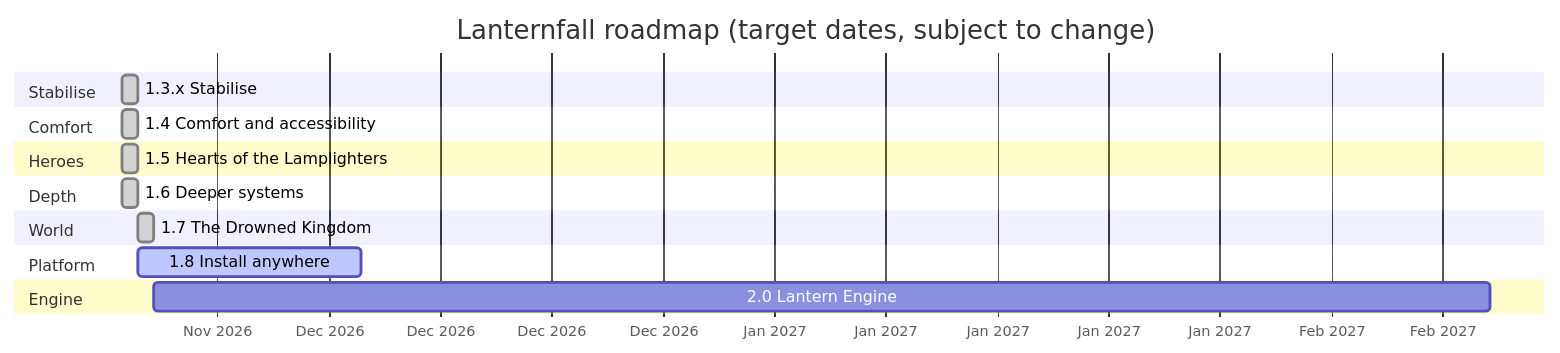
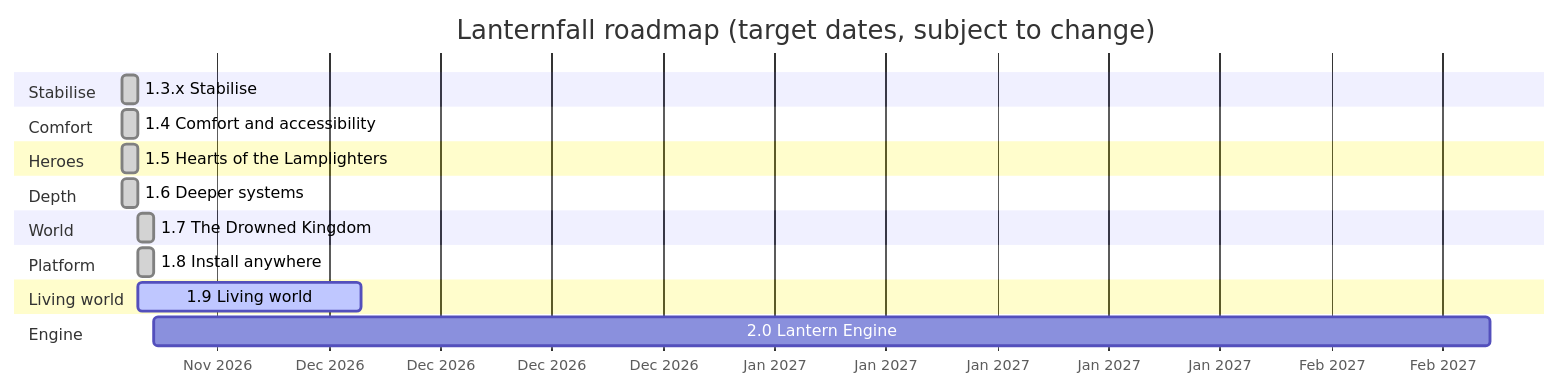
One commit to CptNope/Laternfall changed the third of 11 diagrams in ROADMAP.md. Above: the diagram before and after it, drawn with Mermaid. The commit also changed other lines of this file and 26 other files, not shown here.

First line of the commit message:
1.9.0 Living world: day and night, weather, Berserk/Stop, Lanterns & Lies, the Sunset Opal heist

````diff
--- a/ROADMAP.md
+++ b/ROADMAP.md
@@ -99,20 +99,22 @@
 ```mermaid
 gantt
     title Lanternfall roadmap (target dates, subject to change)
     dateFormat YYYY-MM-DD
     axisFormat %b %Y
     section Stabilise
     1.3.x Stabilise                  :done, m13, 2026-11-23, 1d
     section Comfort
     1.4 Comfort and accessibility    :done, m14, 2026-11-23, 1d
     section Heroes
     1.5 Hearts of the Lamplighters   :done, m15, 2026-11-23, 1d
     section Depth
     1.6 Deeper systems               :done, m16, 2026-11-23, 1d
     section World
     1.7 The Drowned Kingdom          :done, m17, 2026-11-24, 1d
     section Platform
-    1.8 Install anywhere             :active, m18, 2026-11-24, 2w
+    1.8 Install anywhere             :done, m18, 2026-11-24, 1d
+    section Living world
+    1.9 Living world                 :active, m19, 2026-11-24, 2w
     section Engine
     2.0 Lantern Engine               :m20, after m17, 12w
 ```
````
